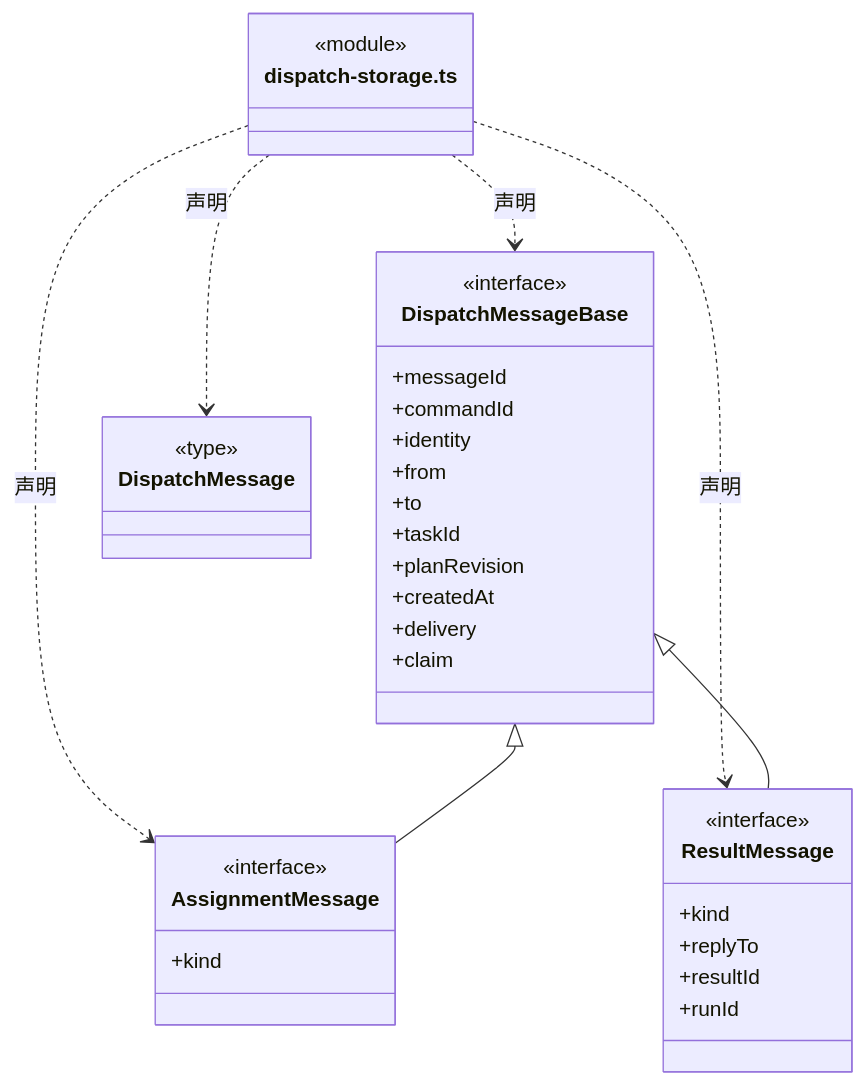
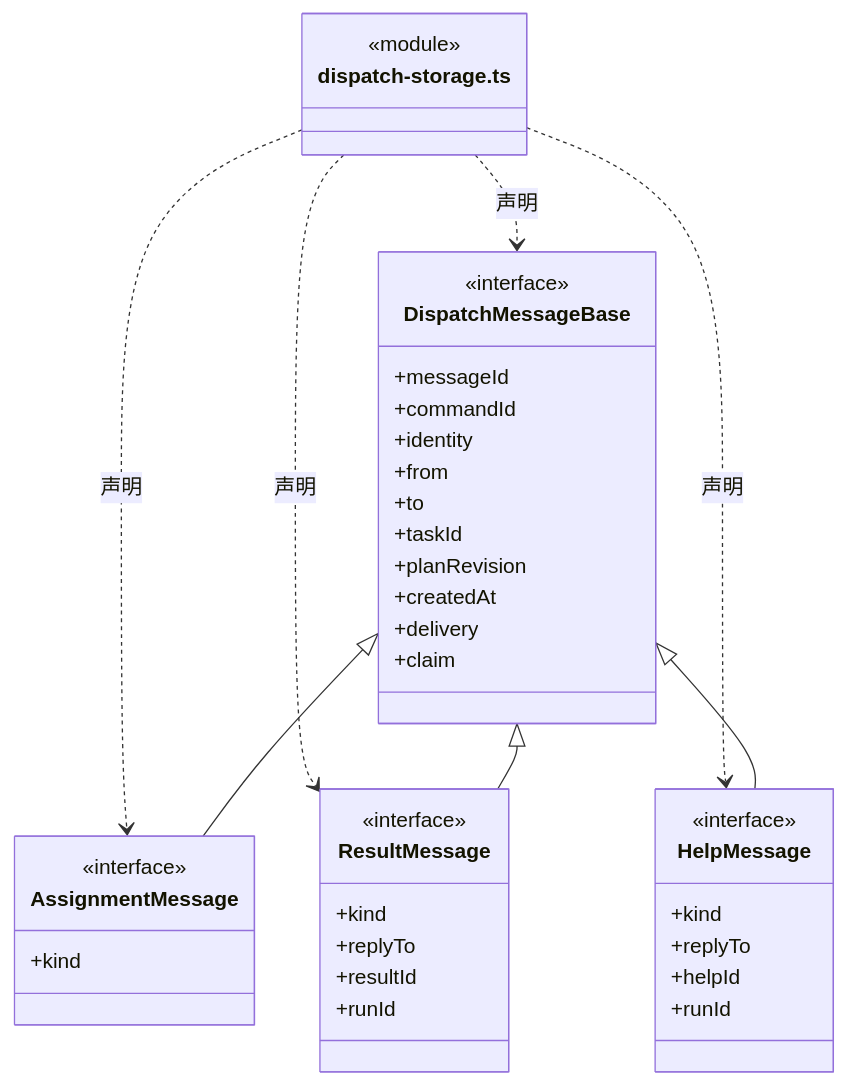
Before and after one commit to nan023062/cbim: the seventh of 60 diagrams in src/backend/core/tasks/ARCHITECTURE.md, drawn with Mermaid. The commit also changed other lines of this file and 47 other files, not shown here.

````diff
--- a/src/backend/core/tasks/ARCHITECTURE.md
+++ b/src/backend/core/tasks/ARCHITECTURE.md
@@ -188,40 +190,44 @@
 ```mermaid
 classDiagram
 class N_src_backend_core_tasks_dispatch_storage_ts["dispatch-storage.ts"] {
   <<module>>
 }
 class N_src_backend_core_tasks_dispatch_storage_ts_DispatchMessageBase["DispatchMessageBase"] {
   <<interface>>
   +messageId
   +commandId
   +identity
   +from
   +to
   +taskId
   +planRevision
   +createdAt
   +delivery
   +claim
 }
 N_src_backend_core_tasks_dispatch_storage_ts ..> N_src_backend_core_tasks_dispatch_storage_ts_DispatchMessageBase : 声明
 class N_src_backend_core_tasks_dispatch_storage_ts_AssignmentMessage["AssignmentMessage"] {
   <<interface>>
   +kind
 }
 N_src_backend_core_tasks_dispatch_storage_ts ..> N_src_backend_core_tasks_dispatch_storage_ts_AssignmentMessage : 声明
 N_src_backend_core_tasks_dispatch_storage_ts_DispatchMessageBase <|-- N_src_backend_core_tasks_dispatch_storage_ts_AssignmentMessage
 class N_src_backend_core_tasks_dispatch_storage_ts_ResultMessage["ResultMessage"] {
   <<interface>>
   +kind
   +replyTo
   +resultId
   +runId
 }
 N_src_backend_core_tasks_dispatch_storage_ts ..> N_src_backend_core_tasks_dispatch_storage_ts_ResultMessage : 声明
 N_src_backend_core_tasks_dispatch_storage_ts_DispatchMessageBase <|-- N_src_backend_core_tasks_dispatch_storage_ts_ResultMessage
-class N_src_backend_core_tasks_dispatch_storage_ts_DispatchMessage["DispatchMessage"] {
-  <<type>>
-
+class N_src_backend_core_tasks_dispatch_storage_ts_HelpMessage["HelpMessage"] {
+  <<interface>>
+  +kind
+  +replyTo
+  +helpId
+  +runId
 }
-N_src_backend_core_tasks_dispatch_storage_ts ..> N_src_backend_core_tasks_dispatch_storage_ts_DispatchMessage : 声明
+N_src_backend_core_tasks_dispatch_storage_ts ..> N_src_backend_core_tasks_dispatch_storage_ts_HelpMessage : 声明
+N_src_backend_core_tasks_dispatch_storage_ts_DispatchMessageBase <|-- N_src_backend_core_tasks_dispatch_storage_ts_HelpMessage
 ```
````
